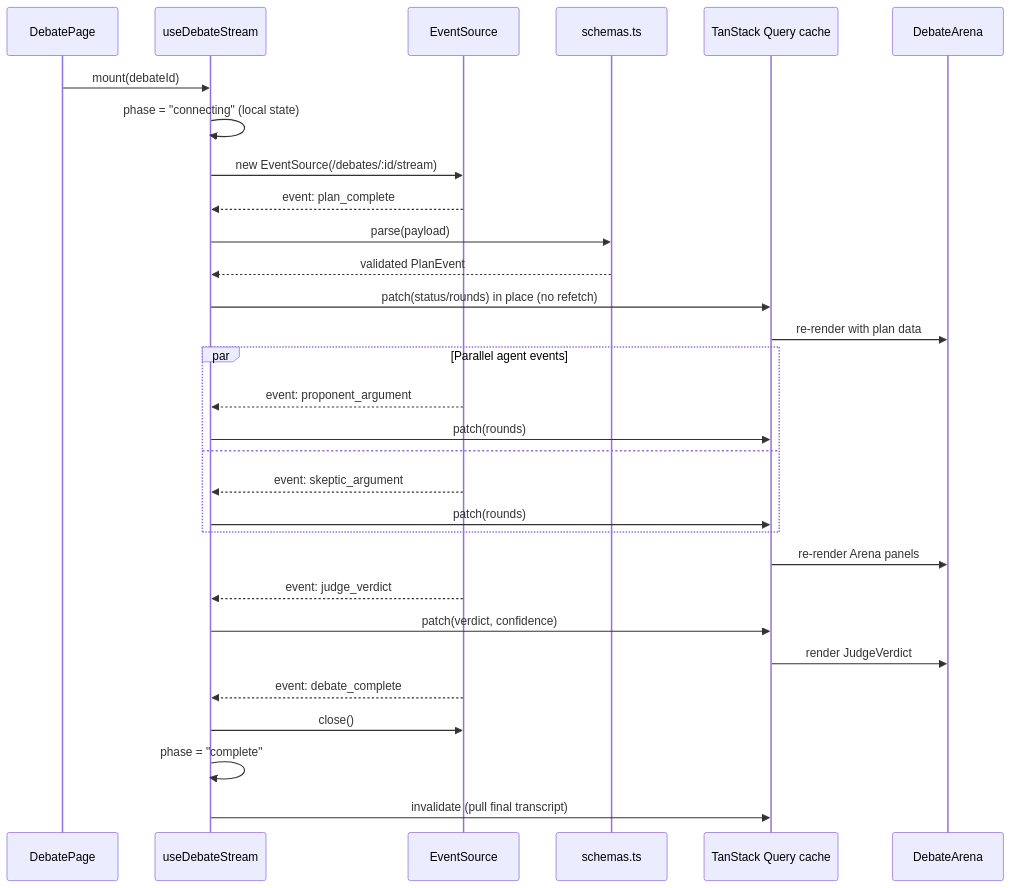
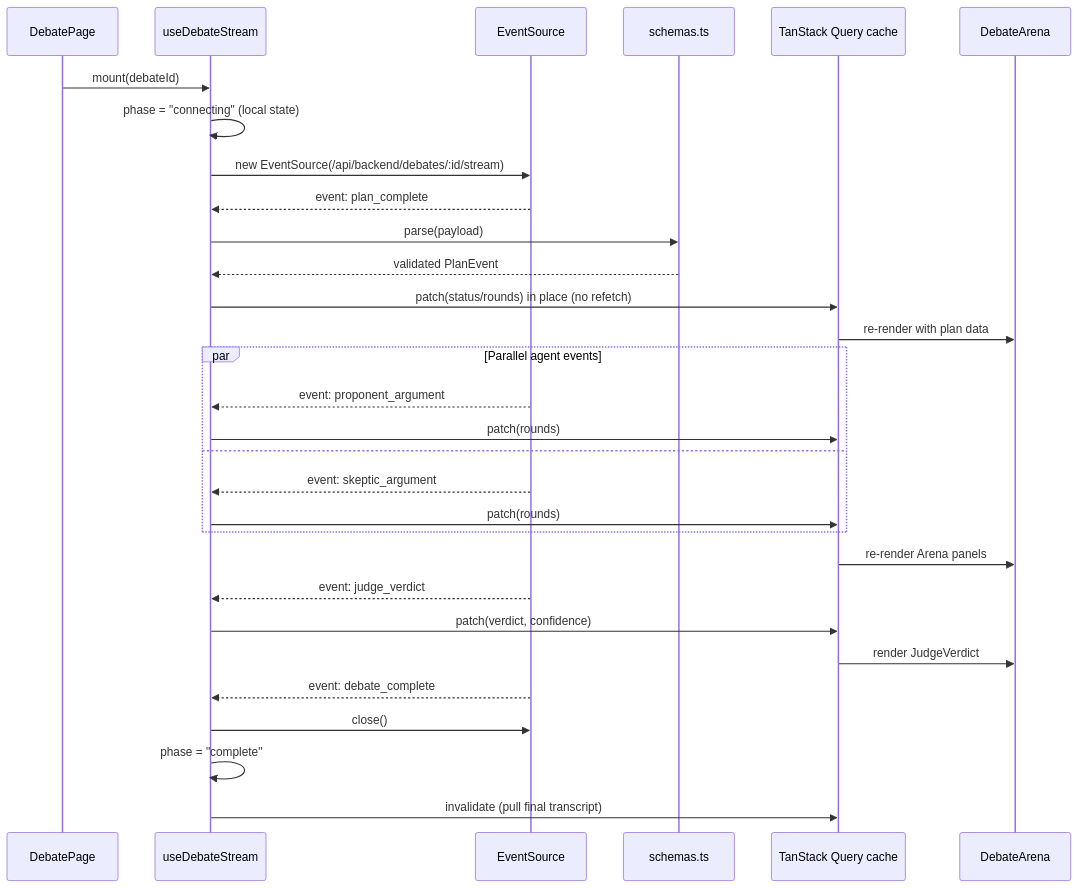
The third of 3 diagrams in docs/ARCHITECTURE.md (Abdul-Muizz1310/paper-trail-frontend), drawn with Mermaid before and after one commit. The commit also changed other lines of this file and 36 other files, not shown here.

First line of the commit message:
feat(api): proxy backend calls with a signed platform token

````diff
--- a/docs/ARCHITECTURE.md
+++ b/docs/ARCHITECTURE.md
@@ -65,37 +73,37 @@
 ```mermaid
 sequenceDiagram
     participant Page as DebatePage
     participant Hook as useDebateStream
     participant ES as EventSource
     participant Zod as schemas.ts
     participant Cache as TanStack Query cache
     participant UI as DebateArena
 
     Page->>Hook: mount(debateId)
     Hook->>Hook: phase = "connecting" (local state)
-    Hook->>ES: new EventSource(/debates/:id/stream)
+    Hook->>ES: new EventSource(/api/backend/debates/:id/stream)
 
     ES-->>Hook: event: plan_complete
     Hook->>Zod: parse(payload)
     Zod-->>Hook: validated PlanEvent
     Hook->>Cache: patch(status/rounds) in place (no refetch)
     Cache->>UI: re-render with plan data
 
     par Parallel agent events
         ES-->>Hook: event: proponent_argument
         Hook->>Cache: patch(rounds)
     and
         ES-->>Hook: event: skeptic_argument
         Hook->>Cache: patch(rounds)
     end
     Cache->>UI: re-render Arena panels
 
     ES-->>Hook: event: judge_verdict
     Hook->>Cache: patch(verdict, confidence)
     Cache->>UI: render JudgeVerdict
 
     ES-->>Hook: event: debate_complete
     Hook->>ES: close()
     Hook->>Hook: phase = "complete"
     Hook->>Cache: invalidate (pull final transcript)
 ```
````
